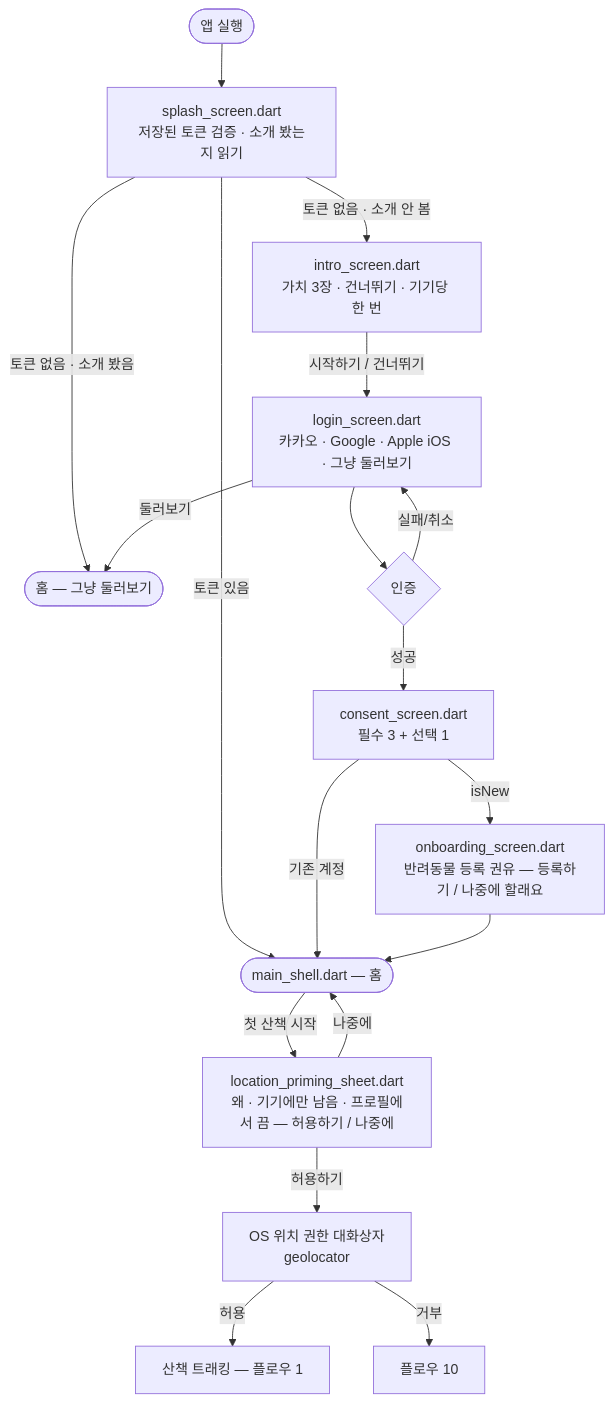
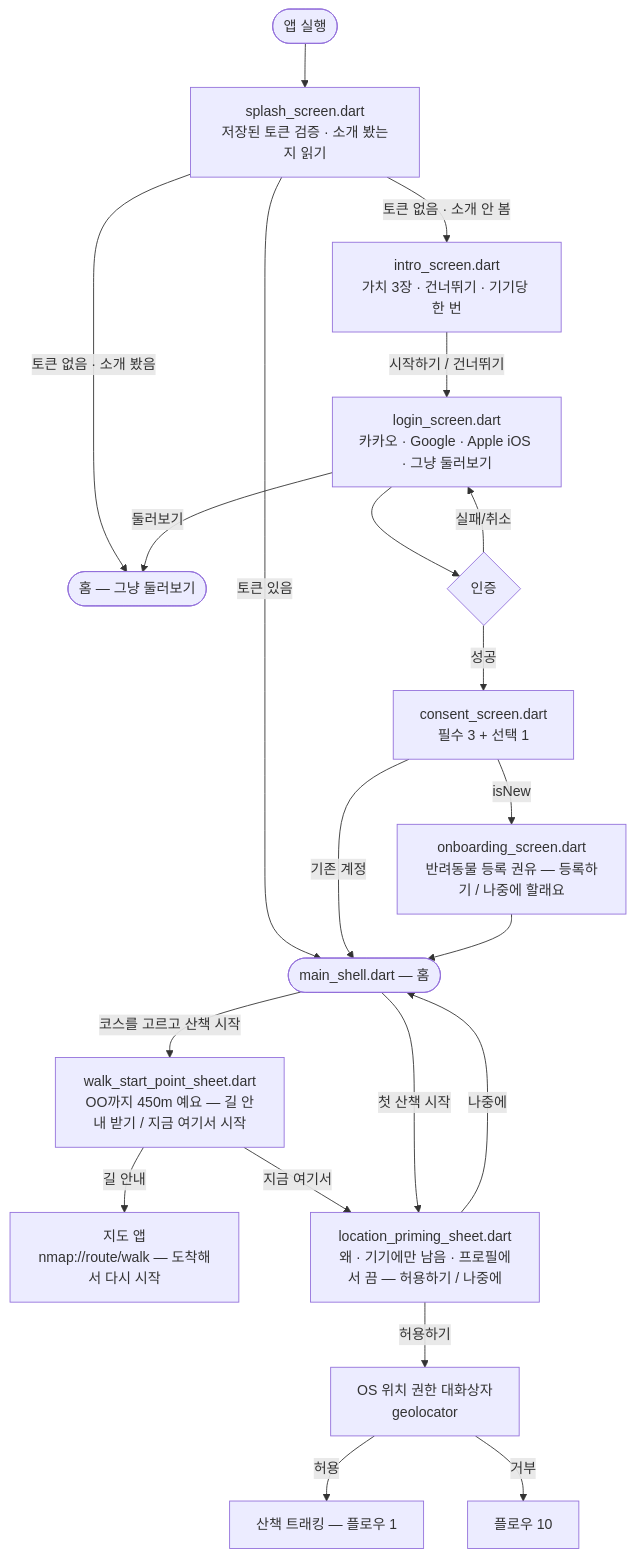
Before and after one commit to sanghyunbang/pawloop: the fourth of 15 diagrams in docs/01-design/user-flows.md, drawn with Mermaid. The commit also changed 13 other files, not shown here.

````diff
--- a/docs/01-design/user-flows.md
+++ b/docs/01-design/user-flows.md
@@ -177,20 +177,23 @@
 ```mermaid
 flowchart TD
     A([앱 실행]) --> S[splash_screen.dart<br/>저장된 토큰 검증 · 소개 봤는지 읽기]
     S -->|토큰 있음| H([main_shell.dart — 홈])
     S -->|토큰 없음 · 소개 안 봄| I[intro_screen.dart<br/>가치 3장 · 건너뛰기 · 기기당 한 번]
     S -->|토큰 없음 · 소개 봤음| G([홈 — 그냥 둘러보기])
     I -->|시작하기 / 건너뛰기| D[login_screen.dart<br/>카카오 · Google · Apple iOS · 그냥 둘러보기]
     D -->|둘러보기| G
     D --> D1{인증}
     D1 -->|실패/취소| D
     D1 -->|성공| C[consent_screen.dart<br/>필수 3 + 선택 1]
     C -->|isNew| E[onboarding_screen.dart<br/>반려동물 등록 권유 — 등록하기 / 나중에 할래요]
     C -->|기존 계정| H
     E --> H
+    H -->|코스를 고르고 산책 시작| WS[walk_start_point_sheet.dart<br/>OO까지 450m 예요 — 길 안내 받기 / 지금 여기서 시작]
+    WS -->|길 안내| MAP[지도 앱<br/>nmap://route/walk — 도착해서 다시 시작]
+    WS -->|지금 여기서| LP
     H -->|첫 산책 시작| LP[location_priming_sheet.dart<br/>왜 · 기기에만 남음 · 프로필에서 끔 — 허용하기 / 나중에]
     LP -->|허용하기| F[OS 위치 권한 대화상자<br/>geolocator]
     LP -->|나중에| H
     F -->|허용| T[산책 트래킹 — 플로우 1]
     F -->|거부| T2[플로우 10]
 ```
````
